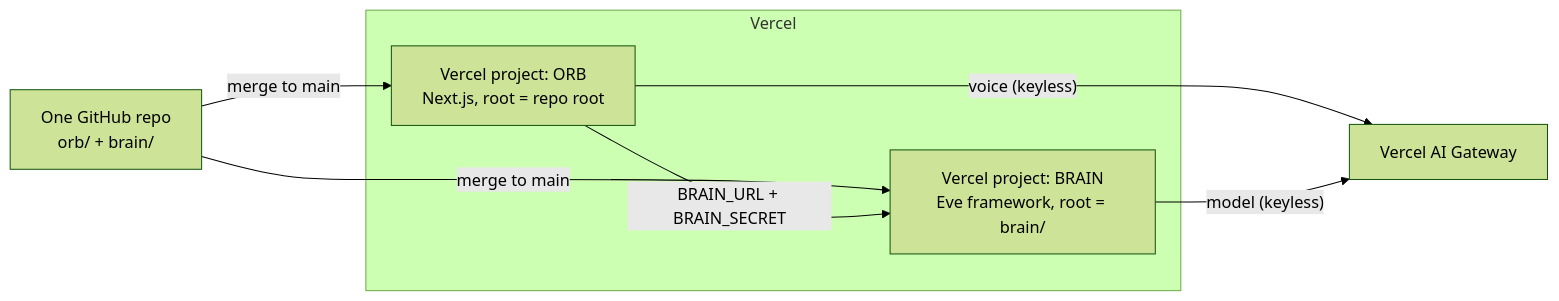
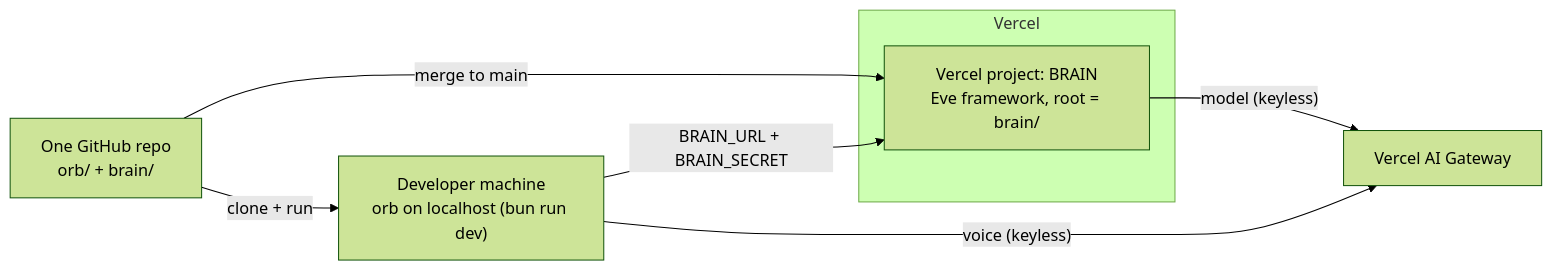
Before and after one commit to tfcbot/jarvis-style-agent: the third of 3 diagrams in docs/architecture.md, drawn with Mermaid (forest theme). The commit also changed other lines of this file and 8 other files, not shown here.

First line of the commit message:
docs: deploy the brain only, run the orb locally; bun; drop mock

````diff
--- a/docs/architecture.md
+++ b/docs/architecture.md
@@ -111,15 +111,17 @@
 ```mermaid
 flowchart LR
   Repo["One GitHub repo<br/>orb/ + brain/"]
+  Local["Developer machine<br/>orb on localhost (bun run dev)"]
 
   subgraph Vercel
-    OrbProj["Vercel project: ORB<br/>Next.js, root = repo root"]
     BrainProj["Vercel project: BRAIN<br/>Eve framework, root = brain/"]
   end
 
-  Repo -- "merge to main" --> OrbProj
+  GW["Vercel AI Gateway"]
+
   Repo -- "merge to main" --> BrainProj
-  OrbProj -- "BRAIN_URL + BRAIN_SECRET" --> BrainProj
-  OrbProj -- "voice (keyless)" --> GW["Vercel AI Gateway"]
+  Repo -- "clone + run" --> Local
+  Local -- "BRAIN_URL + BRAIN_SECRET" --> BrainProj
+  Local -- "voice (keyless)" --> GW
   BrainProj -- "model (keyless)" --> GW
 ```
````
